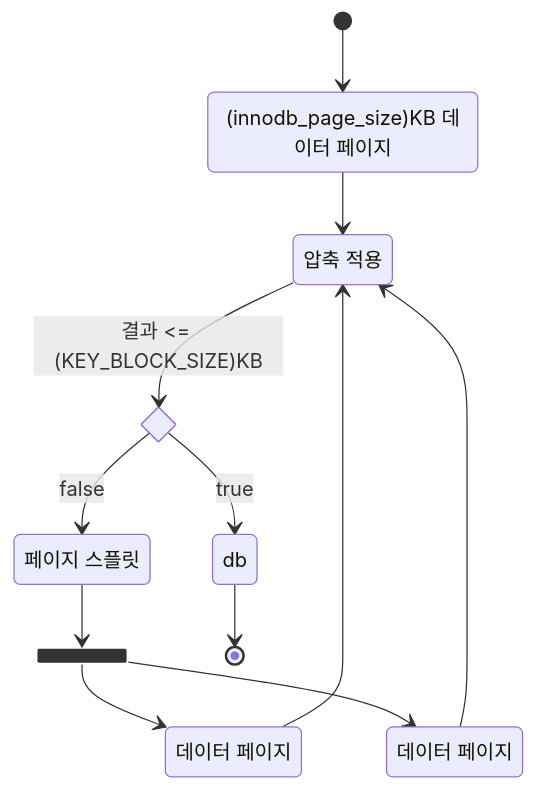
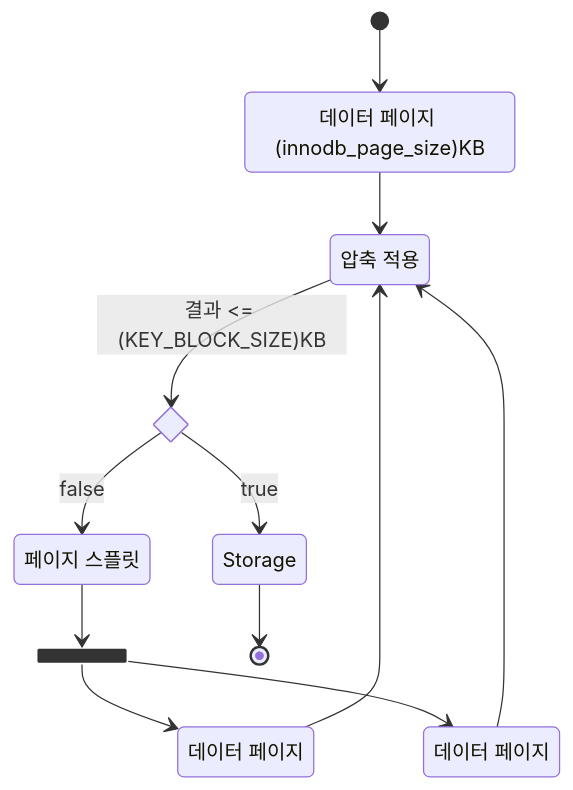
Before and after one commit to kyungrae/study: the diagram in real-mysql-8.0/chapter06/readme.md, drawn with Mermaid. The commit also changed other lines of this file and 3 other files, not shown here.

````diff
--- a/real-mysql-8.0/chapter06/readme.md
+++ b/real-mysql-8.0/chapter06/readme.md
@@ -18,22 +18,22 @@
 ```mermaid
 stateDiagram-v2
-    state "(innodb_page_size)KB 데이터 페이지" as origin
+    state "데이터 페이지 (innodb_page_size)KB" as origin
     state "압축 적용" as compression
     state if_state <<choice>>
     state "페이지 스플릿" as split
     state "데이터 페이지" as child1
     state "데이터 페이지" as child2
     state fork_state <<fork>>
 
     [*] --> origin
     origin --> compression
     compression --> if_state : 결과 <= (KEY_BLOCK_SIZE)KB
-    if_state --> db : true
-    db --> [*]
+    if_state --> Storage : true
+    Storage --> [*]
     if_state --> split : false
     split --> fork_state
     fork_state --> child1
     fork_state --> child2
     child1 --> compression
     child2 --> compression
 ```
````
